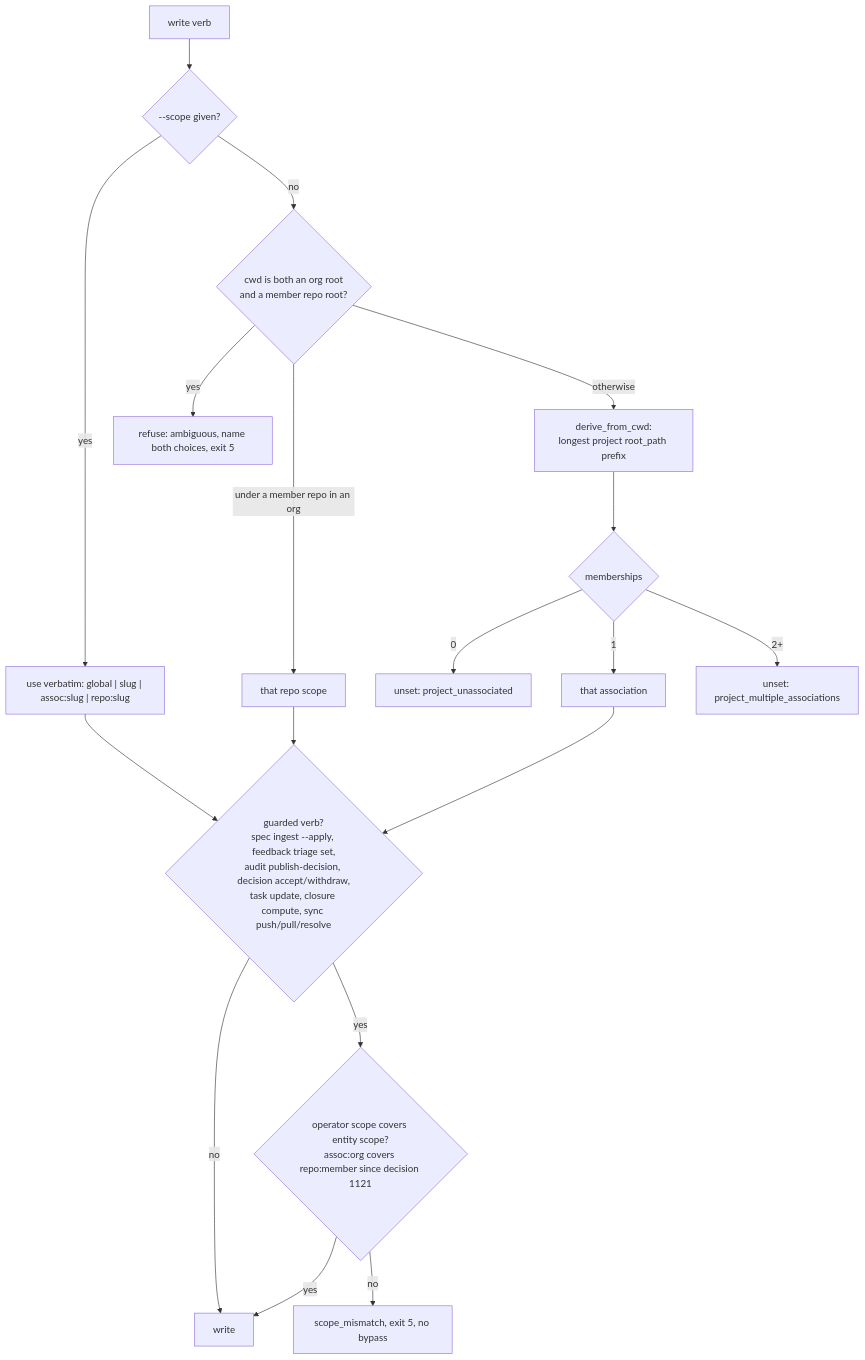
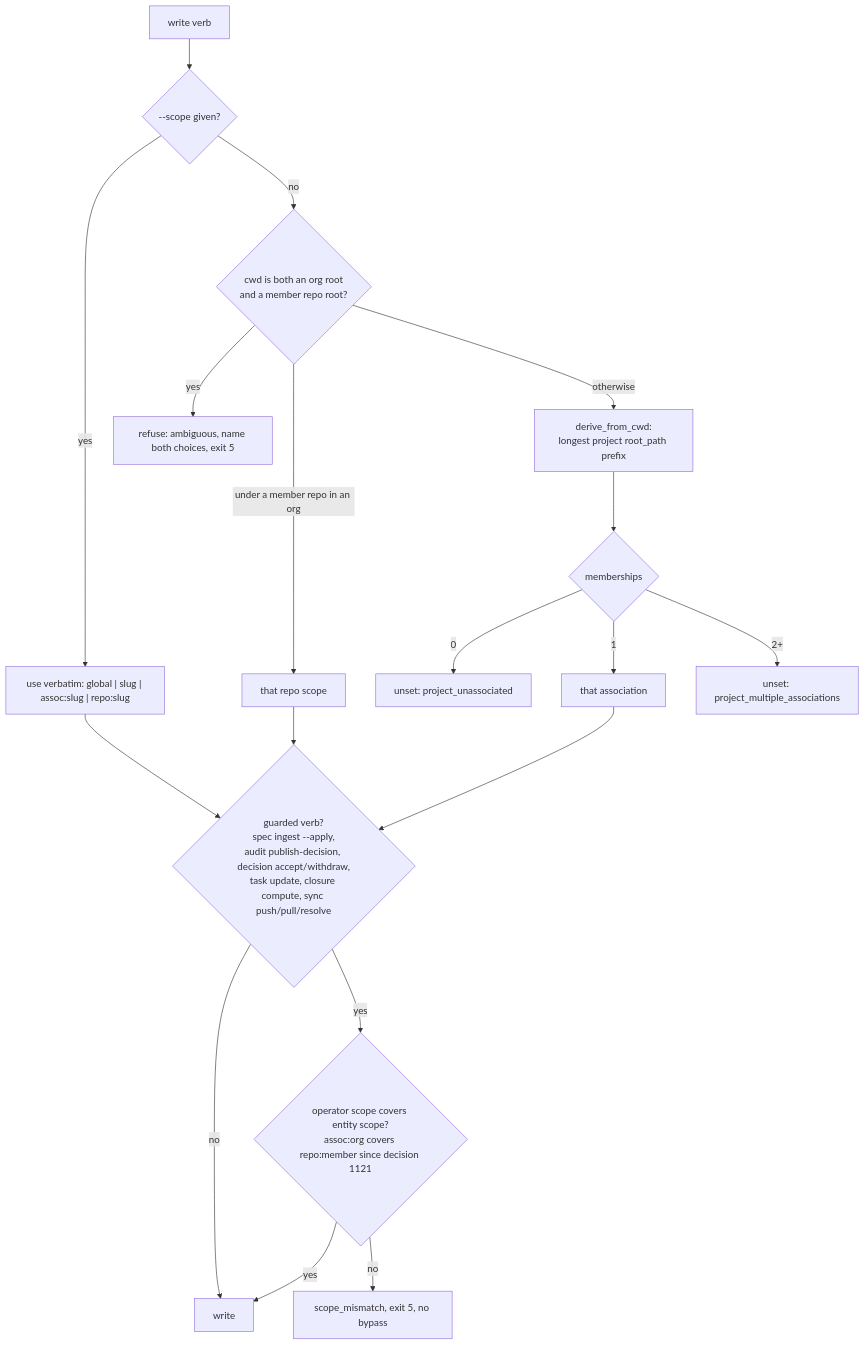
Diagram 26 of 26 in docs/lifecycles.md (rdrsss/planar), drawn with Mermaid before and after one commit. The commit also changed other lines of this file and 44 other files, not shown here.

First line of the commit message:
Remove planar feedback triage and the feedback-triager agent

````diff
--- a/docs/lifecycles.md
+++ b/docs/lifecycles.md
@@ -841,18 +827,18 @@
 ```mermaid
 flowchart TD
     W[write verb] --> F{--scope given?}
     F -->|yes| U["use verbatim: global | slug | assoc:slug | repo:slug"]
     F -->|no| M{cwd is both an org root<br/>and a member repo root?}
     M -->|yes| AMB[refuse: ambiguous, name both choices, exit 5]
     M -->|under a member repo in an org| REPO[that repo scope]
     M -->|otherwise| D[derive_from_cwd:<br/>longest project root_path prefix]
     D --> N{memberships}
     N -->|0| UNSET[unset: project_unassociated]
     N -->|1| ONE[that association]
     N -->|2+| UNSET2[unset: project_multiple_associations]
-    U & REPO & ONE --> G{guarded verb?<br/>spec ingest --apply, feedback triage set,<br/>audit publish-decision, decision accept/withdraw,<br/>task update, closure compute, sync push/pull/resolve}
+    U & REPO & ONE --> G{guarded verb?<br/>spec ingest --apply,<br/>audit publish-decision, decision accept/withdraw,<br/>task update, closure compute, sync push/pull/resolve}
     G -->|no| WRITE[write]
     G -->|yes| CMP{operator scope covers entity scope?<br/>assoc:org covers repo:member since decision 1121}
     CMP -->|yes| WRITE
     CMP -->|no| REF[scope_mismatch, exit 5, no bypass]
 ```
````
